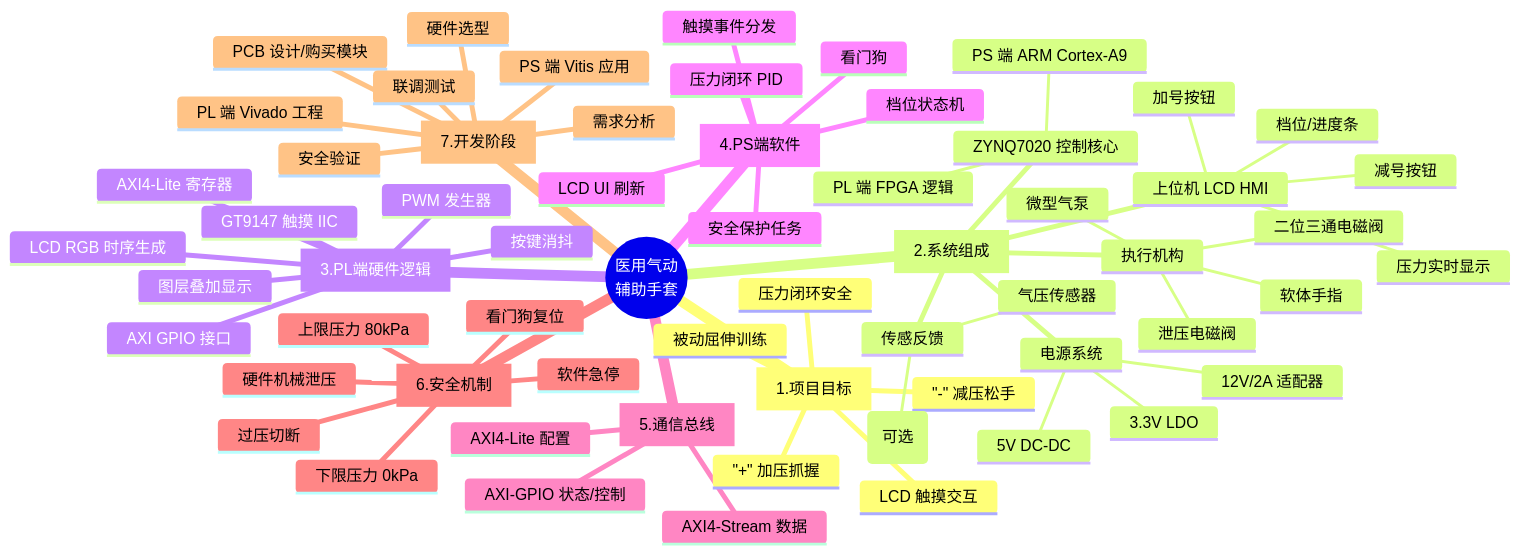
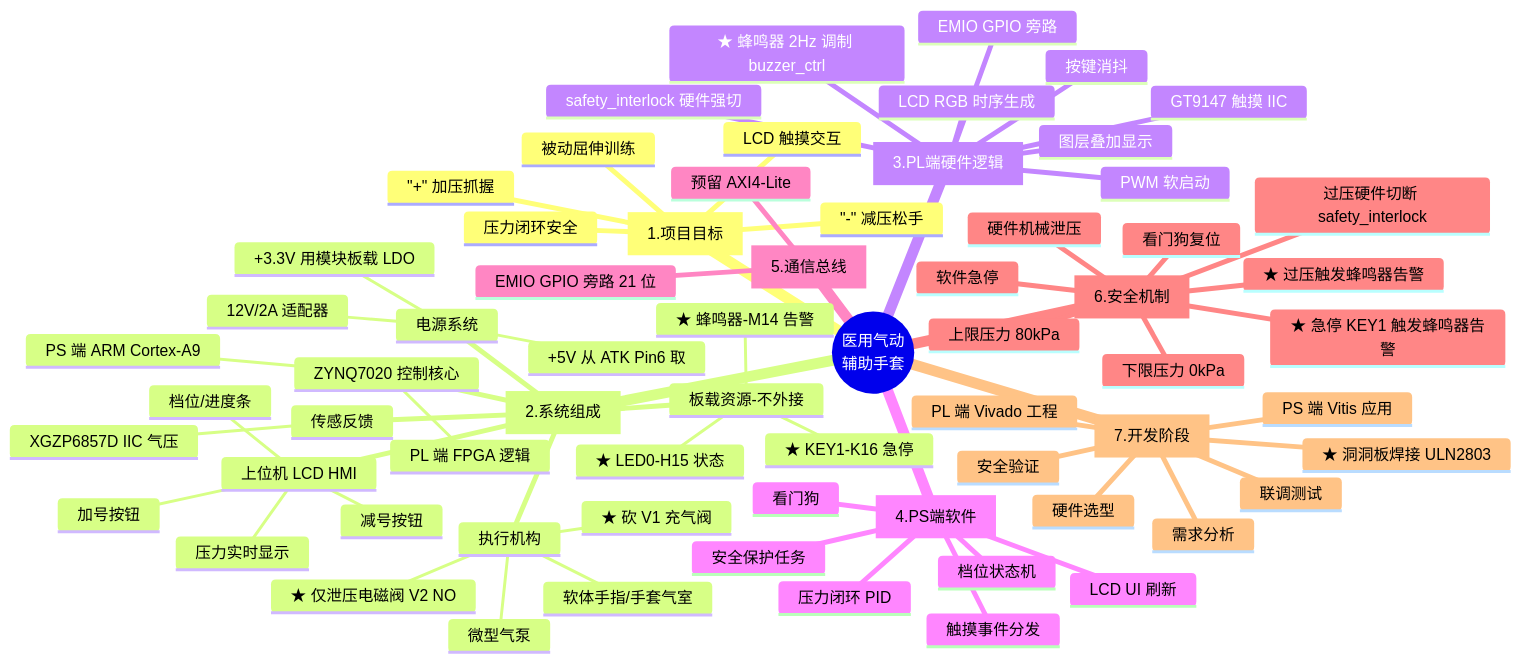
Before and after one commit to LOLTYLER1-1/Medical-pneumatic-gloves: the diagram in 01_思维导图/项目思维导图.md, drawn with Mermaid. The commit also changed other lines of this file, not shown here.

````diff
--- a/01_思维导图/项目思维导图.md
+++ b/01_思维导图/项目思维导图.md
@@ -12,65 +13,70 @@
 ```mermaid
 mindmap
   root((医用气动<br/>辅助手套))
     [1.项目目标]
       被动屈伸训练
       "+" 加压抓握
       "-" 减压松手
       LCD 触摸交互
       压力闭环安全
     [2.系统组成]
       上位机 LCD HMI
         加号按钮
         减号按钮
         压力实时显示
         档位/进度条
       ZYNQ7020 控制核心
         PS 端 ARM Cortex-A9
         PL 端 FPGA 逻辑
       执行机构
         微型气泵
-        二位三通电磁阀
-        泄压电磁阀
-        软体手指
+        ★ 仅泄压电磁阀 V2 NO
+        ★ 砍 V1 充气阀
+        软体手指/手套气室
       传感反馈
-        气压传感器
-        弯曲传感器(可选)
+        XGZP6857D IIC 气压
+      板载资源-不外接
+        ★ LED0-H15 状态
+        ★ KEY1-K16 急停
+        ★ 蜂鸣器-M14 告警
       电源系统
         12V/2A 适配器
-        5V DC-DC
-        3.3V LDO
+        +5V 从 ATK Pin6 取
+        +3.3V 用模块板载 LDO
     [3.PL端硬件逻辑]
       LCD RGB 时序生成
       GT9147 触摸 IIC
       图层叠加显示
       按键消抖
-      PWM 发生器
-      AXI4-Lite 寄存器
-      AXI GPIO 接口
+      PWM 软启动
+      EMIO GPIO 旁路
+      ★ 蜂鸣器 2Hz 调制 buzzer_ctrl
+      safety_interlock 硬件强切
     [4.PS端软件]
       LCD UI 刷新
       触摸事件分发
       档位状态机
       压力闭环 PID
       安全保护任务
       看门狗
     [5.通信总线]
-      AXI4-Lite 配置
-      AXI4-Stream 数据
-      AXI-GPIO 状态/控制
+      EMIO GPIO 旁路 21 位
+      预留 AXI4-Lite
     [6.安全机制]
       上限压力 80kPa
       下限压力 0kPa
-      过压切断
+      过压硬件切断 safety_interlock
+      ★ 过压触发蜂鸣器告警
+      ★ 急停 KEY1 触发蜂鸣器告警
       软件急停
       硬件机械泄压
       看门狗复位
     [7.开发阶段]
       需求分析
       硬件选型
-      PCB 设计/购买模块
+      ★ 洞洞板焊接 ULN2803
       PL 端 Vivado 工程
       PS 端 Vitis 应用
       联调测试
       安全验证
 ```
````
